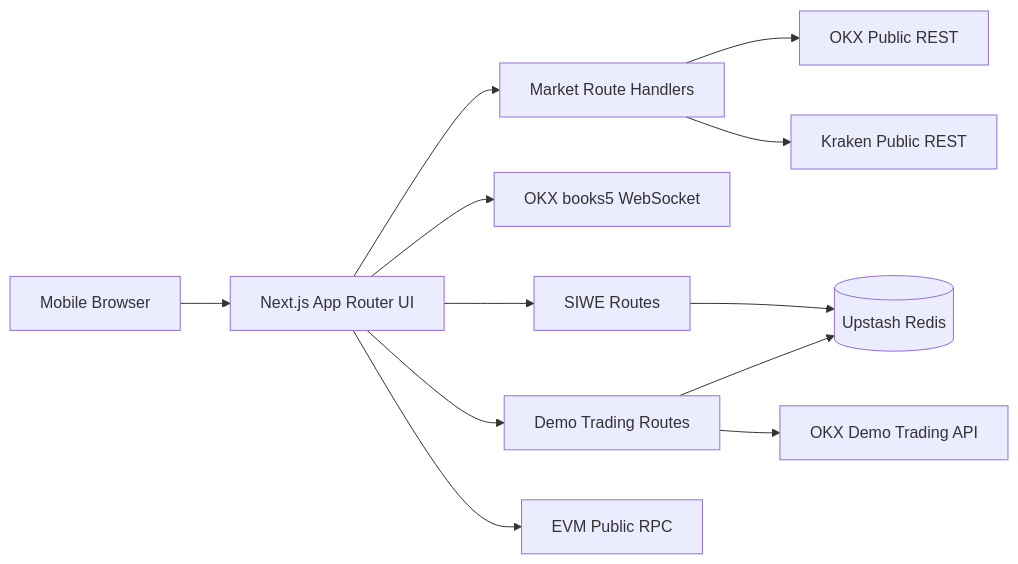
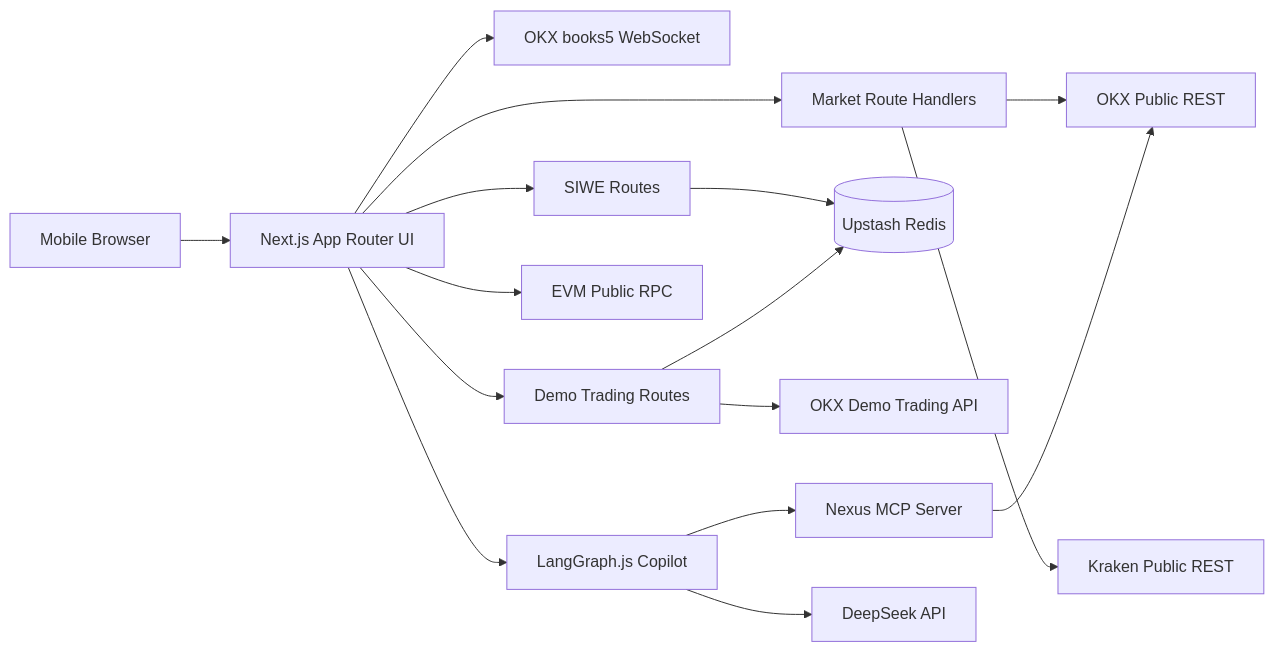
Before and after one commit to Dewenkings/apex-ledger-h5: the diagram in README.md, drawn with Mermaid. The commit also changed other lines of this file and 27 other files, not shown here.

Commit message:
feat: add LangGraph AI market copilot

````diff
--- a/README.md
+++ b/README.md
@@ -58,15 +65,19 @@
 ```mermaid
 flowchart LR
   U[Mobile Browser] --> UI[Next.js App Router UI]
   UI --> MD[Market Route Handlers]
   UI --> WS[OKX books5 WebSocket]
   UI --> AUTH[SIWE Routes]
   UI --> DEMO[Demo Trading Routes]
   UI --> RPC[EVM Public RPC]
+  UI --> AGENT[LangGraph.js Copilot]
 
   MD --> OKX_PUBLIC[OKX Public REST]
   MD --> KRAKEN[Kraken Public REST]
   AUTH --> REDIS[(Upstash Redis)]
   DEMO --> REDIS
   DEMO --> OKX_DEMO[OKX Demo Trading API]
+  AGENT --> MCP[Nexus MCP Server]
+  MCP --> OKX_PUBLIC
+  AGENT --> LLM[DeepSeek API]
 ```
````
